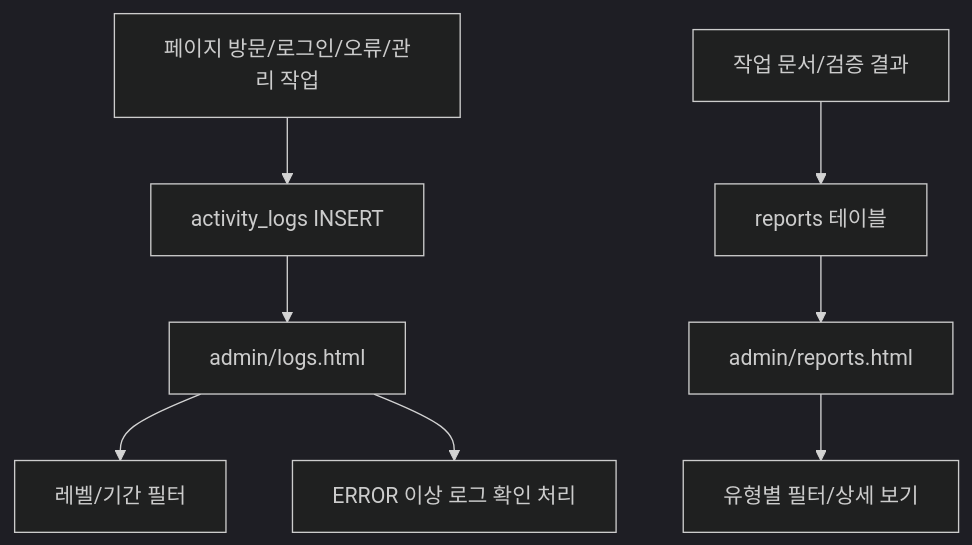
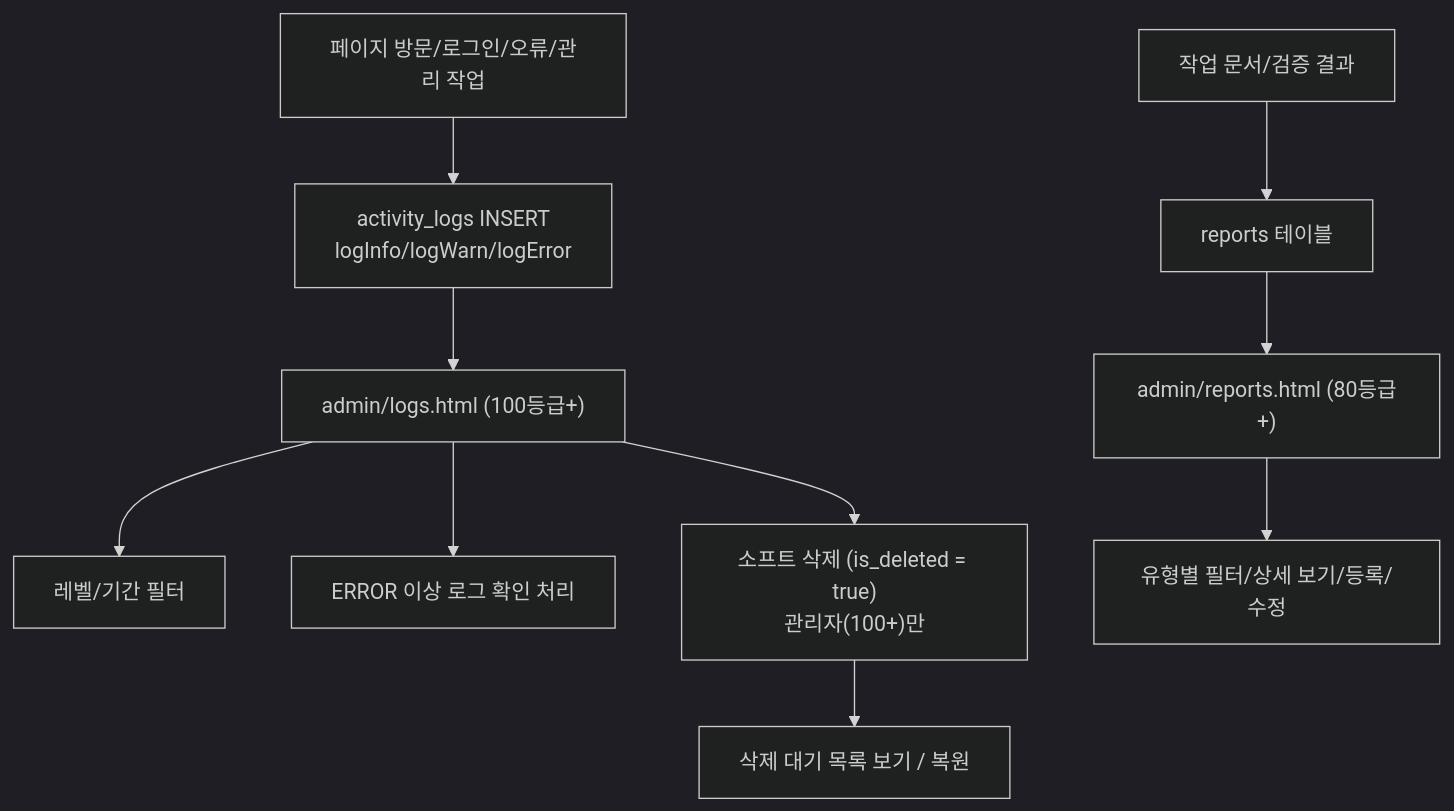
One commit to CHO-Talents/CHO-Talents changed the ninth of 11 diagrams in docs/PROJECT_ARCHITECTURE_FLOW.md. Above: the diagram before and after it, drawn with Mermaid (dark theme). The commit also changed other lines of this file and 2 other files, not shown here.

````diff
--- a/docs/PROJECT_ARCHITECTURE_FLOW.md
+++ b/docs/PROJECT_ARCHITECTURE_FLOW.md
@@ -247,11 +332,13 @@
 ```mermaid
 flowchart TD
-  Event["페이지 방문/로그인/오류/관리 작업"] --> WriteLog["activity_logs INSERT"]
-  WriteLog --> Logs["admin/logs.html"]
+  Event["페이지 방문/로그인/오류/관리 작업"] --> WriteLog["activity_logs INSERT<br/>logInfo/logWarn/logError"]
+  WriteLog --> Logs["admin/logs.html (100등급+)"]
   Logs --> Filter["레벨/기간 필터"]
   Logs --> Ack["ERROR 이상 로그 확인 처리"]
+  Logs --> SoftDel["소프트 삭제 (is_deleted = true)<br/>관리자(100+)만"]
+  SoftDel --> DelView["삭제 대기 목록 보기 / 복원"]
 
   Docs["작업 문서/검증 결과"] --> ReportsTable["reports 테이블"]
-  ReportsTable --> Reports["admin/reports.html"]
-  Reports --> ReportView["유형별 필터/상세 보기"]
+  ReportsTable --> Reports["admin/reports.html (80등급+)"]
+  Reports --> ReportView["유형별 필터/상세 보기/등록/수정"]
 ```
````
